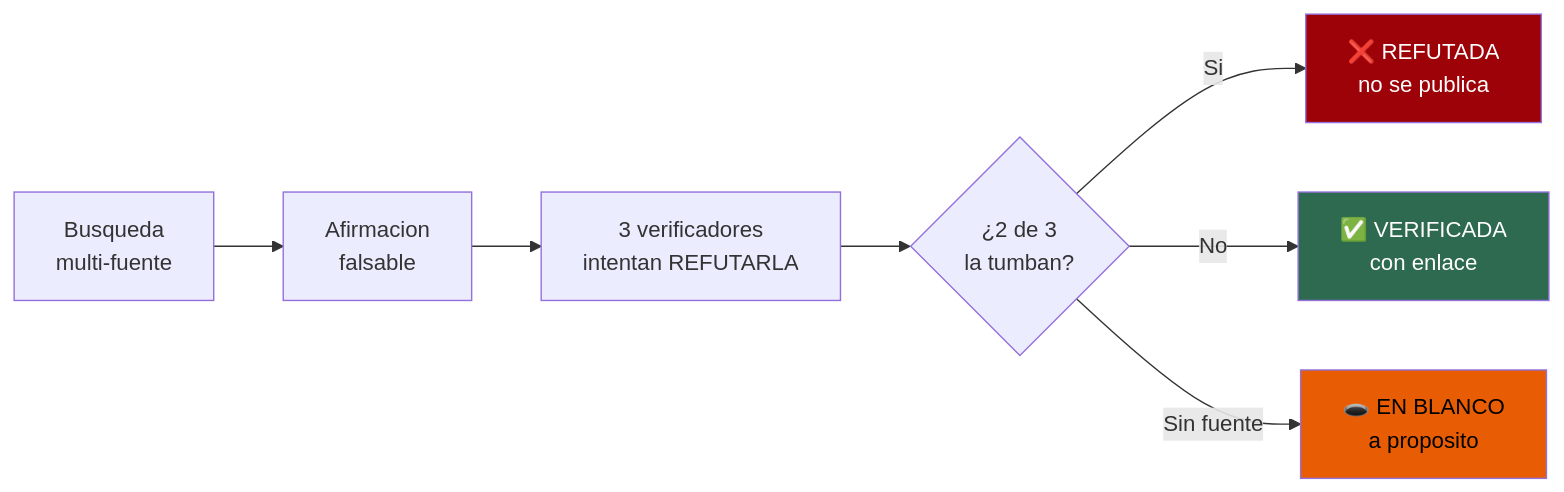
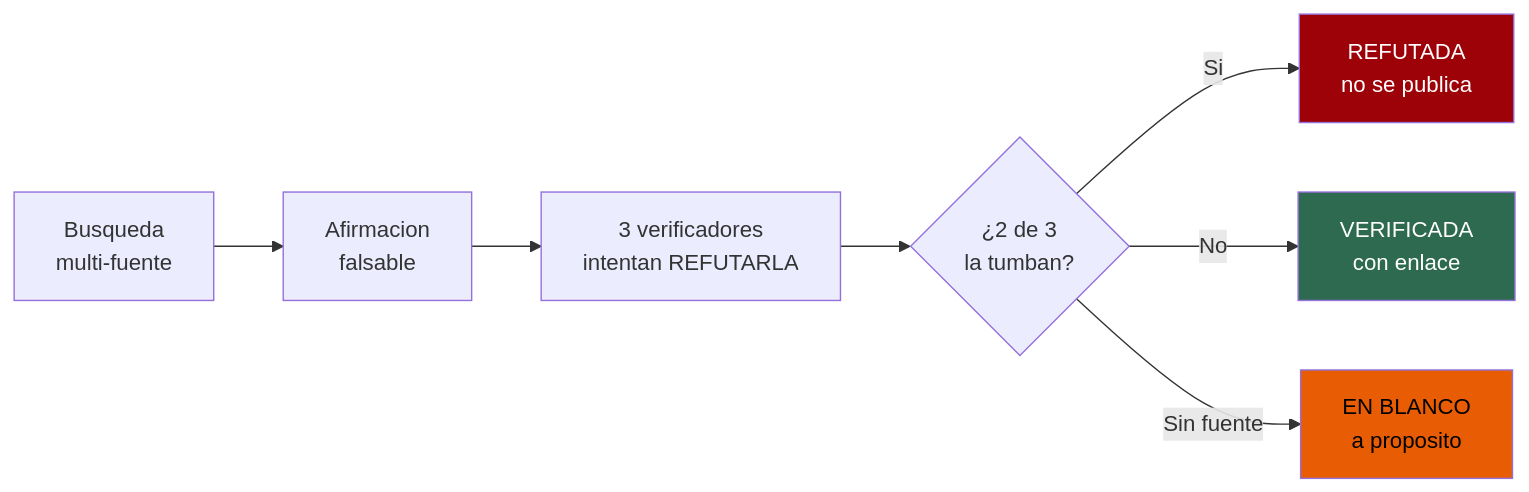
One commit to morandeirachema/namibia changed the ninth of 9 diagrams in README.md. Above: the diagram before and after it, drawn with Mermaid. The commit also changed other lines of this file and 14 other files, not shown here.

Commit message:
Arreglar el renderizado de los diagramas en GitHub: fuera emojis, negritas y barras ASCII de dentro de los nodos, que descuadraban la medida y recortaban el texto

````diff
--- a/README.md
+++ b/README.md
@@ -622,12 +622,12 @@
 ```mermaid
 flowchart LR
     A["Busqueda<br/>multi-fuente"] --> B["Afirmacion<br/>falsable"]
     B --> C["3 verificadores<br/>intentan REFUTARLA"]
     C --> D{"¿2 de 3<br/>la tumban?"}
-    D -->|"Si"| E["❌ REFUTADA<br/>no se publica"]
-    D -->|"No"| F["✅ VERIFICADA<br/>con enlace"]
-    D -->|"Sin fuente"| G["🕳️ EN BLANCO<br/>a proposito"]
+    D -->|"Si"| E["REFUTADA<br/>no se publica"]
+    D -->|"No"| F["VERIFICADA<br/>con enlace"]
+    D -->|"Sin fuente"| G["EN BLANCO<br/>a proposito"]
     style E fill:#9d0208,color:#fff
     style F fill:#2d6a4f,color:#fff
     style G fill:#e85d04,color:#000
 ```
````
